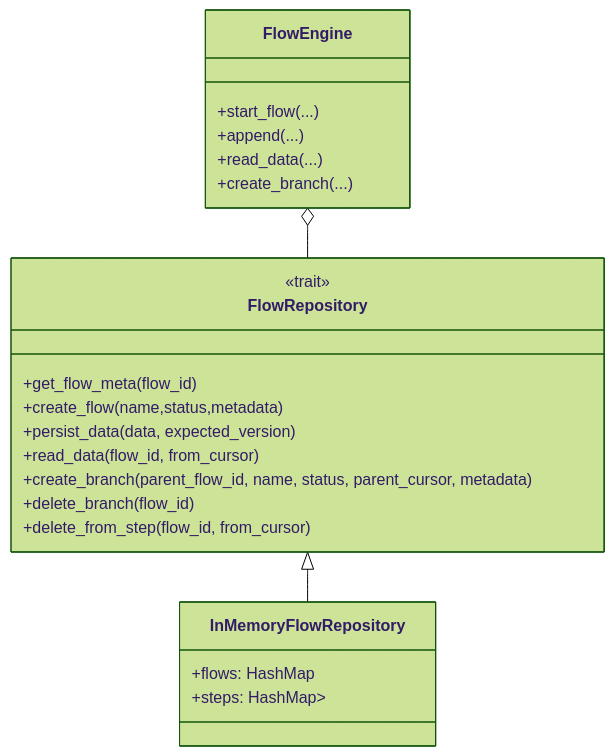
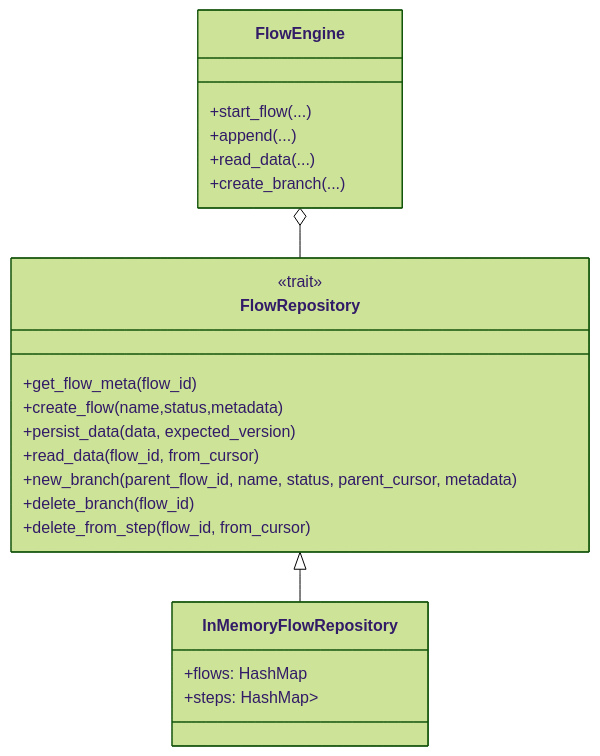
The first of 3 diagrams in crates/flow/README.md (chem-gl/chem-flow), drawn with Mermaid (forest theme) before and after one commit. The commit also changed other lines of this file and 43 other files, not shown here.

````diff
--- a/crates/flow/README.md
+++ b/crates/flow/README.md
@@ -44,28 +44,28 @@
 ```mermaid
 classDiagram
     class FlowRepository {
         <<trait>>
         +get_flow_meta(flow_id)
         +create_flow(name,status,metadata)
         +persist_data(data, expected_version)
         +read_data(flow_id, from_cursor)
-        +create_branch(parent_flow_id, name, status, parent_cursor, metadata)
+        +new_branch(parent_flow_id, name, status, parent_cursor, metadata)
         +delete_branch(flow_id)
         +delete_from_step(flow_id, from_cursor)
     }
 
     class InMemoryFlowRepository {
         +flows: HashMap<Uuid, FlowMeta>
         +steps: HashMap<Uuid, Vec<FlowData>>
     }
 
     class FlowEngine {
         +start_flow(...)
         +append(...)
         +read_data(...)
         +create_branch(...)
     }
 
     FlowRepository <|-- InMemoryFlowRepository
     FlowEngine o-- FlowRepository
 ```
````
